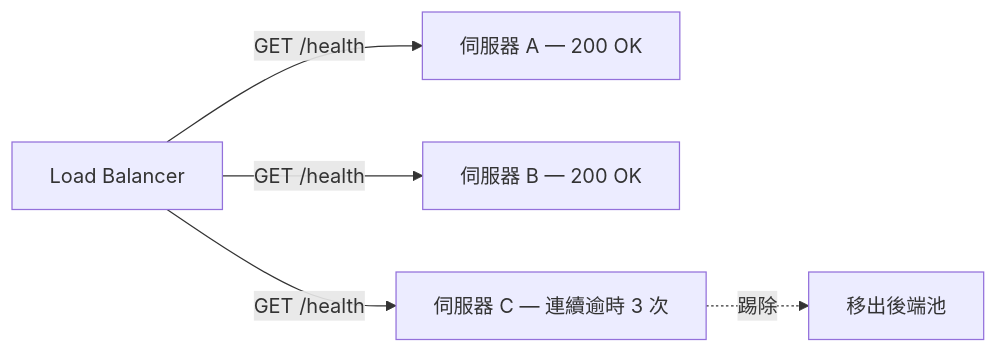
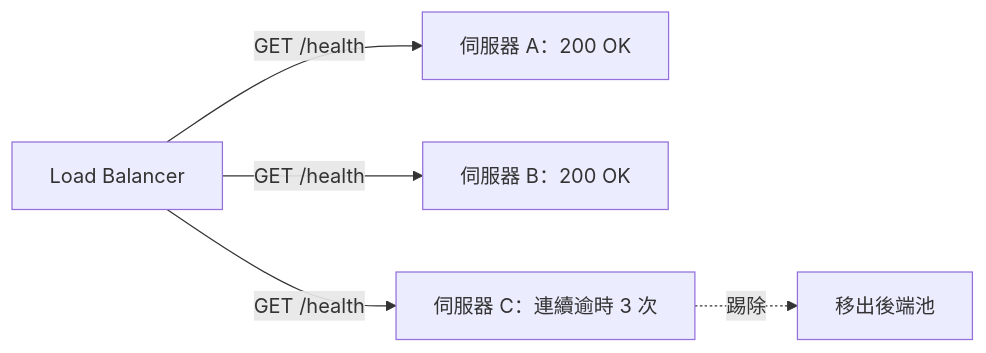
One commit to Charmying/blog changed the eighth of 10 diagrams in src/posts/zh-TW/load-balancing.mdx. Above: the diagram before and after it, drawn with Mermaid. The commit also changed other lines of this file and 157 other files, not shown here.

````diff
--- a/src/posts/zh-TW/load-balancing.mdx
+++ b/src/posts/zh-TW/load-balancing.mdx
@@ -232,7 +232,7 @@
 ```mermaid
 flowchart LR
-    lb["Load Balancer"] -->|GET /health| a["伺服器 A — 200 OK"]
-    lb -->|GET /health| b["伺服器 B — 200 OK"]
-    lb -->|GET /health| c["伺服器 C — 連續逾時 3 次"]
+    lb["Load Balancer"] -->|GET /health| a["伺服器 A：200 OK"]
+    lb -->|GET /health| b["伺服器 B：200 OK"]
+    lb -->|GET /health| c["伺服器 C：連續逾時 3 次"]
     c -.->|踢除| pool["移出後端池"]
 ```
````
